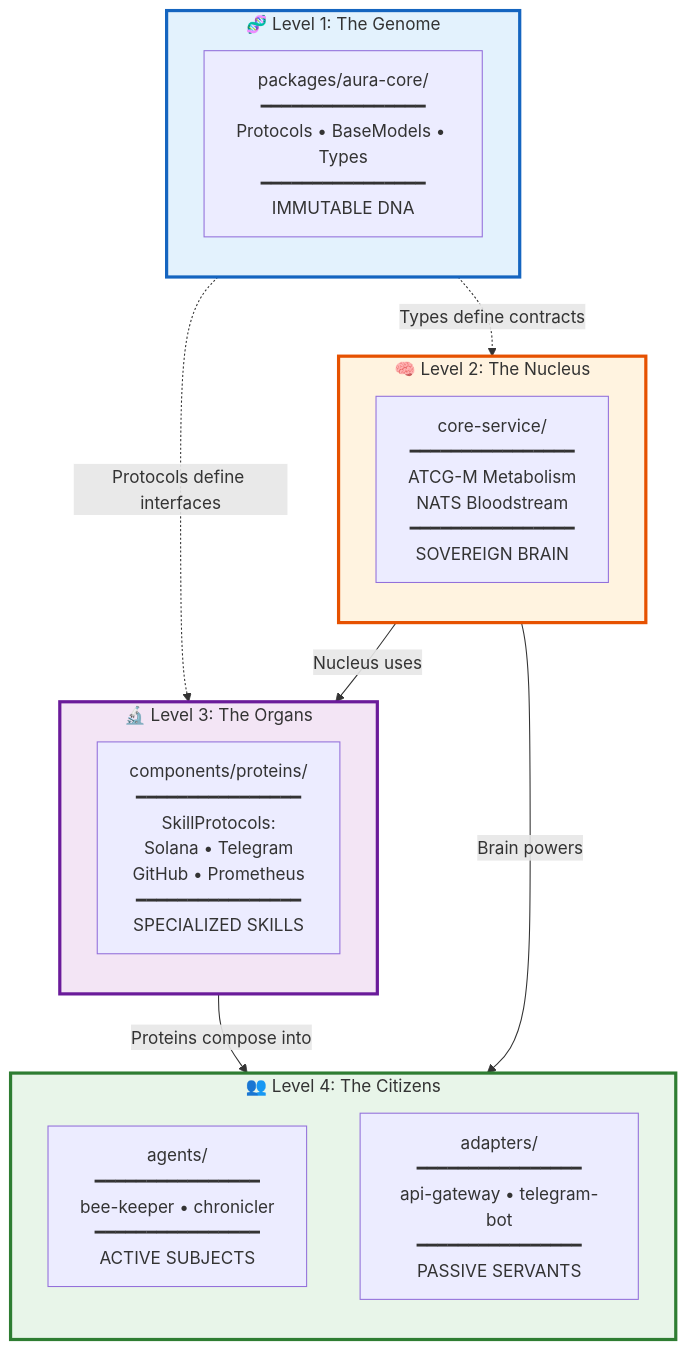
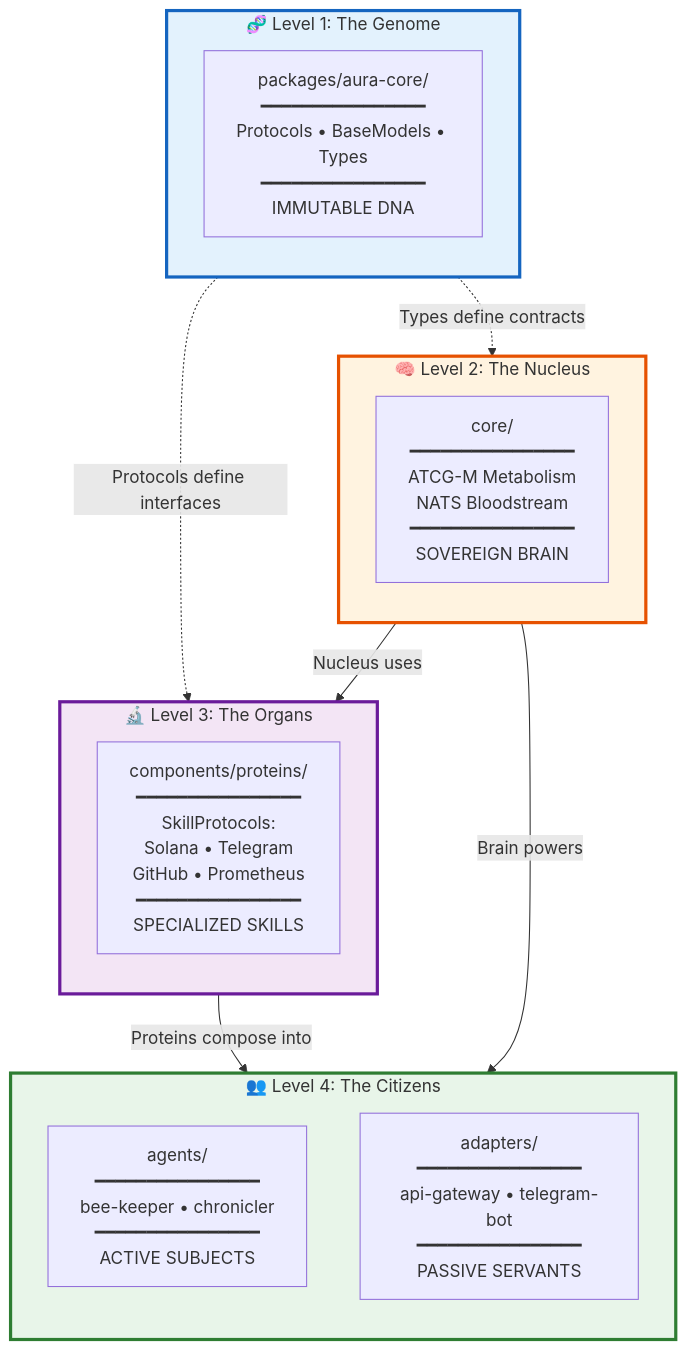
The first of 3 diagrams in docs/visual/hive/four-levels.md (zaebee/aura), drawn with Mermaid before and after one commit. The commit also changed other lines of this file and 7 other files, not shown here.

First line of the commit message:
docs(visual): remediate Gemini review round 5 + align with core-service→core migration

````diff
--- a/docs/visual/hive/four-levels.md
+++ b/docs/visual/hive/four-levels.md
@@ -13,34 +13,34 @@
 ```mermaid
 flowchart TB
     subgraph Level1["🧬 Level 1: The Genome"]
         direction TB
         Genome["packages/aura-core/<br/>━━━━━━━━━━━━━━━━<br/>Protocols • BaseModels • Types<br/>━━━━━━━━━━━━━━━━<br/>IMMUTABLE DNA"]
     end
 
     subgraph Level2["🧠 Level 2: The Nucleus"]
         direction TB
-        Nucleus["core-service/<br/>━━━━━━━━━━━━━━━━<br/>ATCG-M Metabolism<br/>NATS Bloodstream<br/>━━━━━━━━━━━━━━━━<br/>SOVEREIGN BRAIN"]
+        Nucleus["core/<br/>━━━━━━━━━━━━━━━━<br/>ATCG-M Metabolism<br/>NATS Bloodstream<br/>━━━━━━━━━━━━━━━━<br/>SOVEREIGN BRAIN"]
     end
 
     subgraph Level3["🔬 Level 3: The Organs"]
         direction TB
         Organs["components/proteins/<br/>━━━━━━━━━━━━━━━━<br/>SkillProtocols:<br/>Solana • Telegram<br/>GitHub • Prometheus<br/>━━━━━━━━━━━━━━━━<br/>SPECIALIZED SKILLS"]
     end
 
     subgraph Level4["👥 Level 4: The Citizens"]
         direction TB
         Agents["agents/<br/>━━━━━━━━━━━━━━━━<br/>bee-keeper • chronicler<br/>━━━━━━━━━━━━━━━━<br/>ACTIVE SUBJECTS"]
         Adapters["adapters/<br/>━━━━━━━━━━━━━━━━<br/>api-gateway • telegram-bot<br/>━━━━━━━━━━━━━━━━<br/>PASSIVE SERVANTS"]
     end
 
     Level1 -.->|"Types define contracts"| Level2
     Level1 -.->|"Protocols define interfaces"| Level3
     Level2 -->|"Nucleus uses"| Level3
     Level3 -->|"Proteins compose into"| Level4
     Level2 -->|"Brain powers"| Agents
 
     style Level1 fill:#e3f2fd,stroke:#1565c0,stroke-width:3px
     style Level2 fill:#fff3e0,stroke:#e65100,stroke-width:3px
     style Level3 fill:#f3e5f5,stroke:#6a1b9a,stroke-width:3px
     style Level4 fill:#e8f5e9,stroke:#2e7d32,stroke-width:3px
 ```
````
